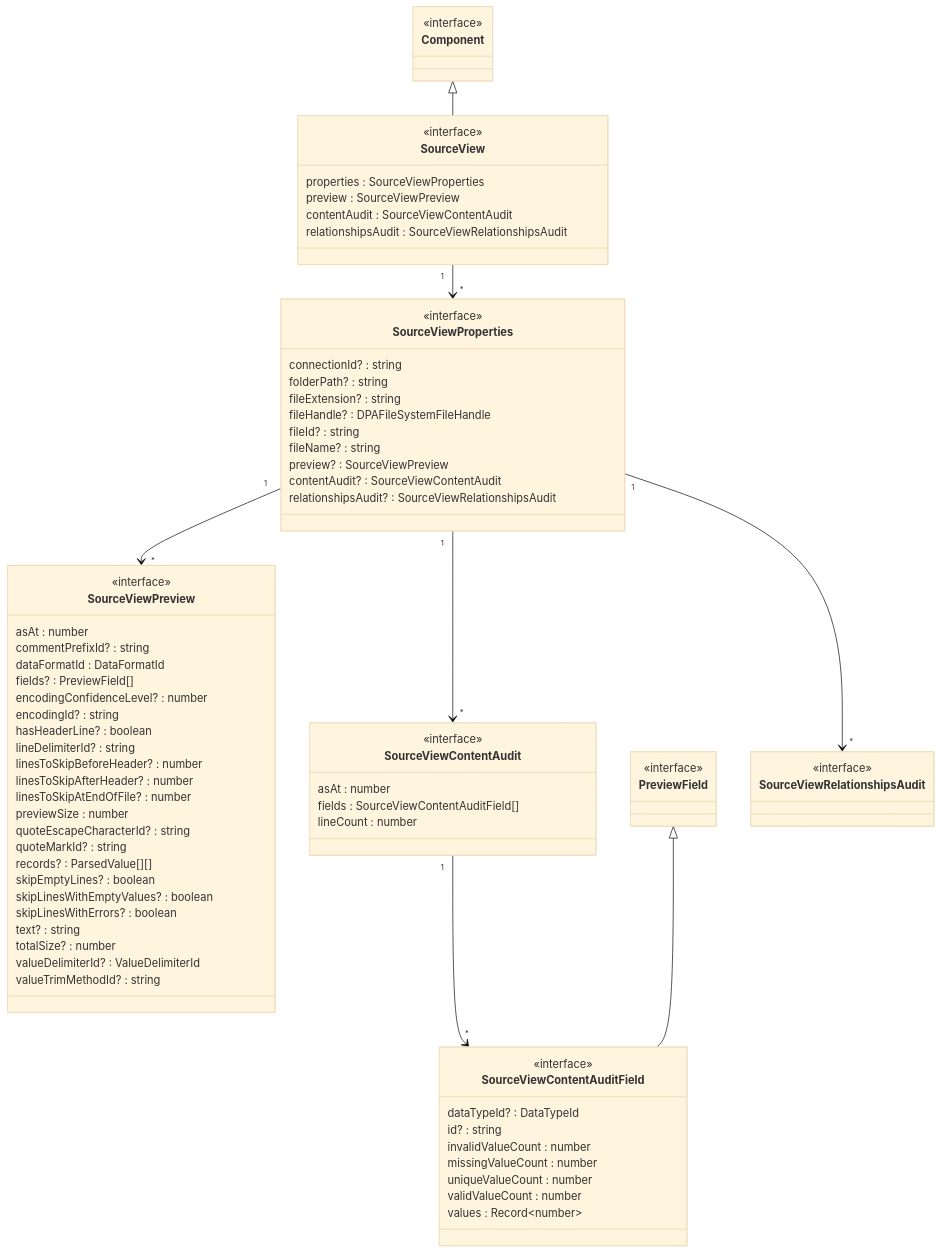
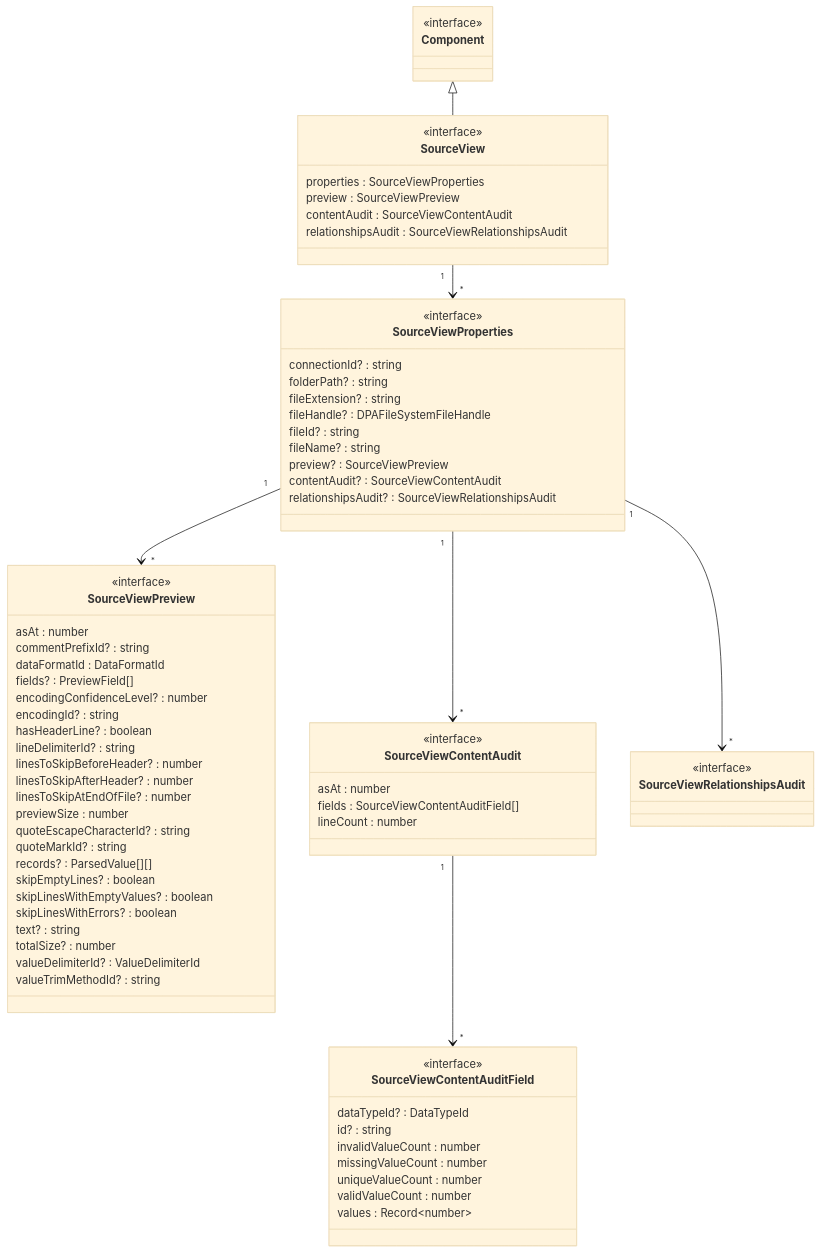
Before and after one commit to data-positioning/datapos-shared: the ninth of 9 diagrams in README.md, drawn with Mermaid (base theme). The commit also changed other lines of this file and 1 other file, not shown here.

```diff
--- a/README.md
+++ b/README.md
@@ -407,11 +407,11 @@
 
     SourceViewContentAudit "1" --> "*" SourceViewContentAuditField
 
-    class PreviewField {
-        <<interface>>
-    }
+    %%class PreviewField {
+    %%    <<interface>>
+    %%}
 
-    PreviewField <|-- SourceViewContentAuditField
+    %%PreviewField <|-- SourceViewContentAuditField
 
     %%SourceViewPreview "1" --> "*" PreviewField
 
```
